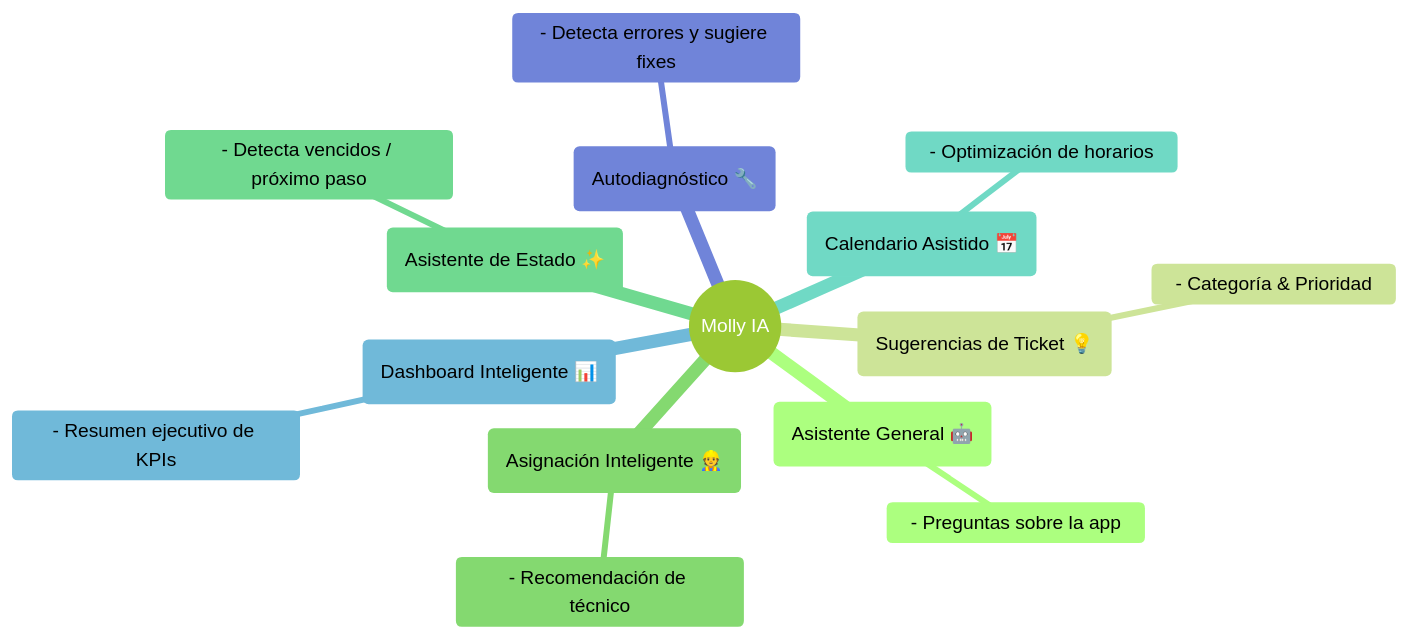
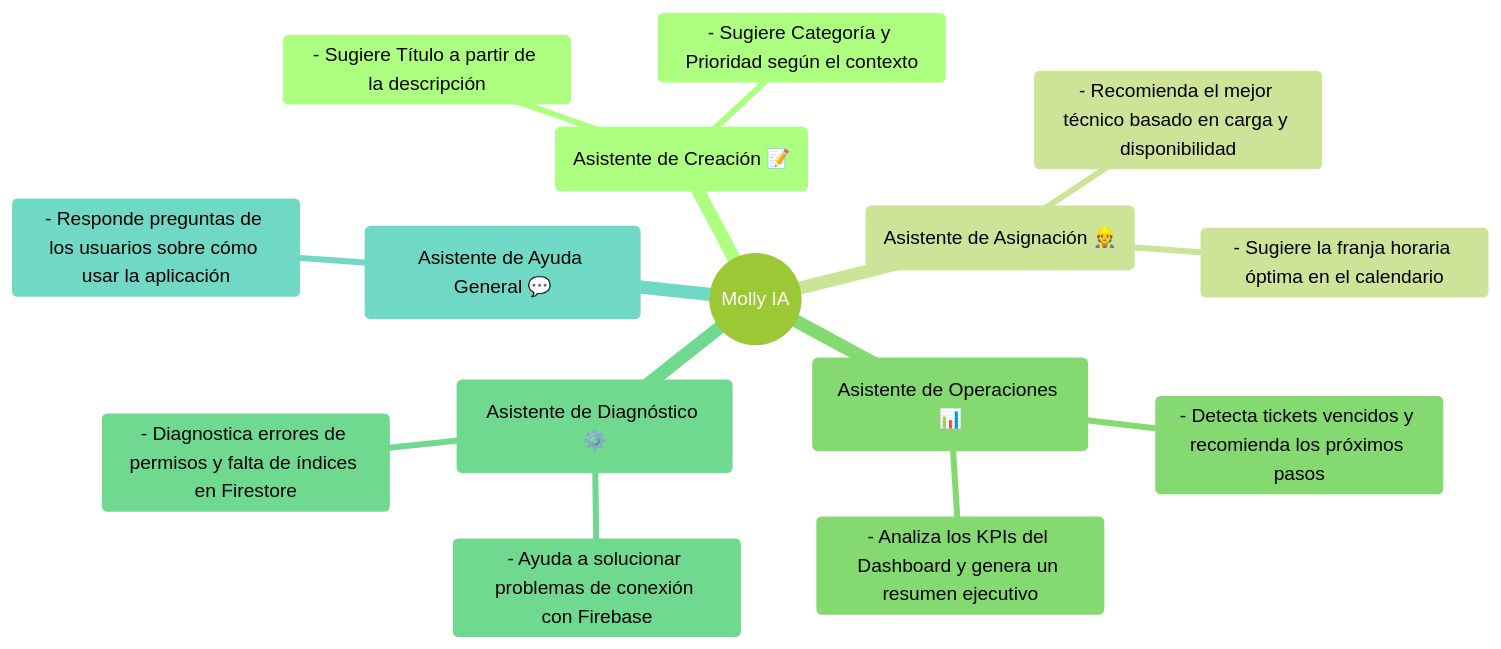
Before and after one commit to JMontes1986/GemelliFix: the third of 3 diagrams in README.md, drawn with Mermaid (forest theme). The commit also changed other lines of this file, not shown here.

Commit message:
o sea no puedes cambiar nada, actualiza el readme por favor con todos lo

````diff
--- a/README.md
+++ b/README.md
@@ -74,18 +76,18 @@
 ```mermaid
 mindmap
   root((Molly IA))
-    (Asistente General 🤖)
-      - Preguntas sobre la app
-    (Sugerencias de Ticket 💡)
-      - Categoría & Prioridad
-    (Asignación Inteligente 👷)
-      - Recomendación de técnico
-    (Asistente de Estado ✨)
-      - Detecta vencidos / próximo paso
-    (Calendario Asistido 📅)
-      - Optimización de horarios
-    (Dashboard Inteligente 📊)
-      - Resumen ejecutivo de KPIs
-    (Autodiagnóstico 🔧)
-      - Detecta errores y sugiere fixes
+    (Asistente de Creación 📝)
+      - Sugiere Título a partir de la descripción
+      - Sugiere Categoría y Prioridad según el contexto
+    (Asistente de Asignación 👷)
+      - Recomienda el mejor técnico basado en carga y disponibilidad
+      - Sugiere la franja horaria óptima en el calendario
+    (Asistente de Operaciones 📊)
+      - Analiza los KPIs del Dashboard y genera un resumen ejecutivo
+      - Detecta tickets vencidos y recomienda los próximos pasos
+    (Asistente de Diagnóstico ⚙️)
+      - Ayuda a solucionar problemas de conexión con Firebase
+      - Diagnostica errores de permisos y falta de índices en Firestore
+    (Asistente de Ayuda General 💬)
+      - Responde preguntas de los usuarios sobre cómo usar la aplicación
 ```
````
